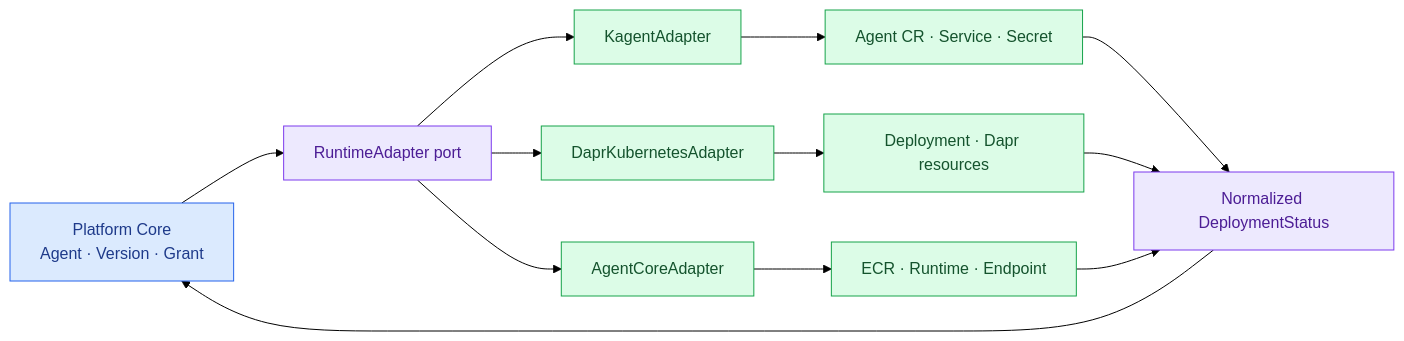
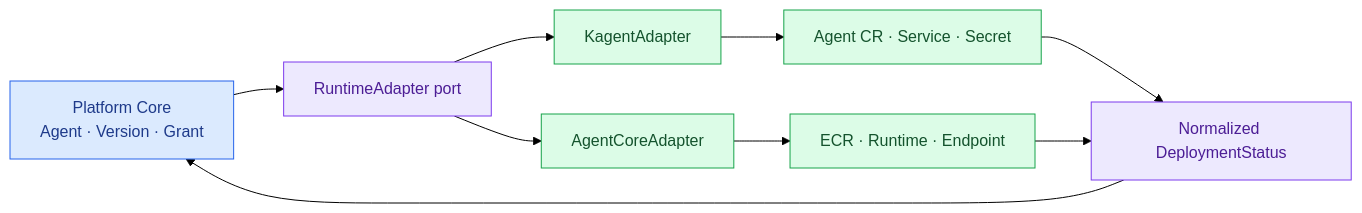
Before and after one commit to mechurak/study-starlight: the diagram in src/content/docs/agent-platform/06-adapter-contract.mdx, drawn with Mermaid (forest theme). The commit also changed other lines of this file and 15 other files, not shown here.

````diff
--- a/src/content/docs/agent-platform/06-adapter-contract.mdx
+++ b/src/content/docs/agent-platform/06-adapter-contract.mdx
@@ -22,21 +22,18 @@
 ```mermaid
 flowchart LR
     CORE["Platform Core<br/>Agent · Version · Grant"] --> PORT["RuntimeAdapter port"]
     PORT --> KA["KagentAdapter"]
-    PORT --> DA["DaprKubernetesAdapter"]
     PORT --> AA["AgentCoreAdapter"]
     KA --> K8S["Agent CR · Service · Secret"]
-    DA --> DAPR["Deployment · Dapr resources"]
     AA --> AWS["ECR · Runtime · Endpoint"]
     K8S --> NORMAL["Normalized DeploymentStatus"]
-    DAPR --> NORMAL
     AWS --> NORMAL
     NORMAL --> CORE
 
     classDef key fill:#dbeafe,stroke:#2563eb,color:#1e3a8a
     classDef zone fill:#ede9fe,stroke:#7c3aed,color:#4c1d95
     classDef ok fill:#dcfce7,stroke:#16a34a,color:#14532d
     class CORE key
     class PORT,NORMAL zone
-    class KA,DA,AA,K8S,DAPR,AWS ok
+    class KA,AA,K8S,AWS ok
 ```
````
